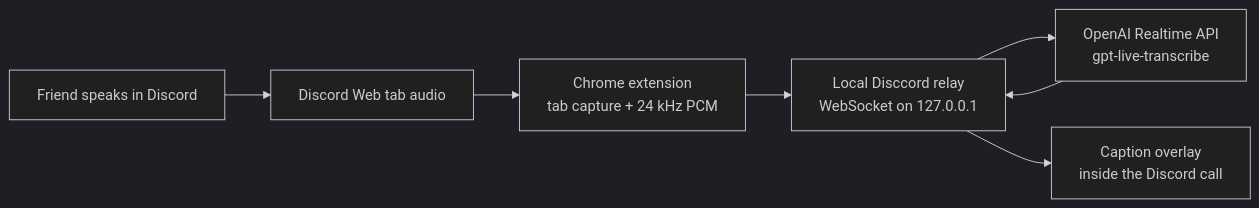
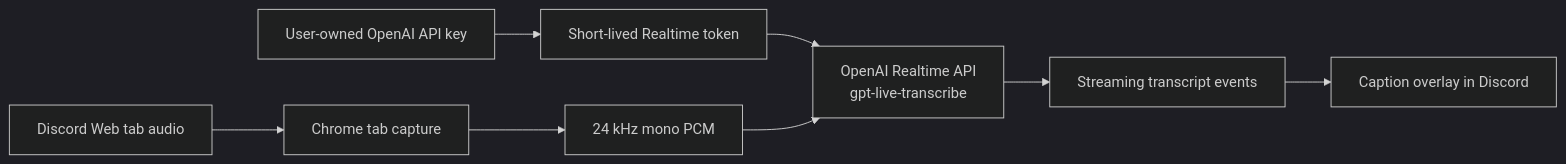
One commit to alexandriax/discord-closed-captions changed the diagram in README.md. Above: the diagram before and after it, drawn with Mermaid (dark theme). The commit also changed other lines of this file and 33 other files, not shown here.

````diff
--- a/README.md
+++ b/README.md
@@ -16,9 +31,10 @@
 ```mermaid
 flowchart LR
-    A["Friend speaks in Discord"] --> B["Discord Web tab audio"]
-    B --> C["Chrome extension<br/>tab capture + 24 kHz PCM"]
-    C --> D["Local Disccord relay<br/>WebSocket on 127.0.0.1"]
-    D --> E["OpenAI Realtime API<br/>gpt-live-transcribe"]
-    E --> D
-    D --> F["Caption overlay<br/>inside the Discord call"]
+    A["Discord Web tab audio"] --> B["Chrome tab capture"]
+    B --> C["24 kHz mono PCM"]
+    K["User-owned OpenAI API key"] --> T["Short-lived Realtime token"]
+    T --> D["OpenAI Realtime API<br/>gpt-live-transcribe"]
+    C --> D
+    D --> E["Streaming transcript events"]
+    E --> F["Caption overlay in Discord"]
 ```
````
